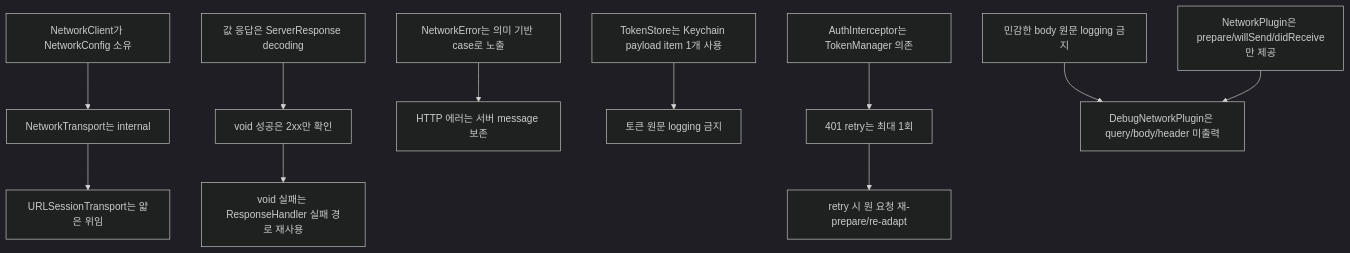
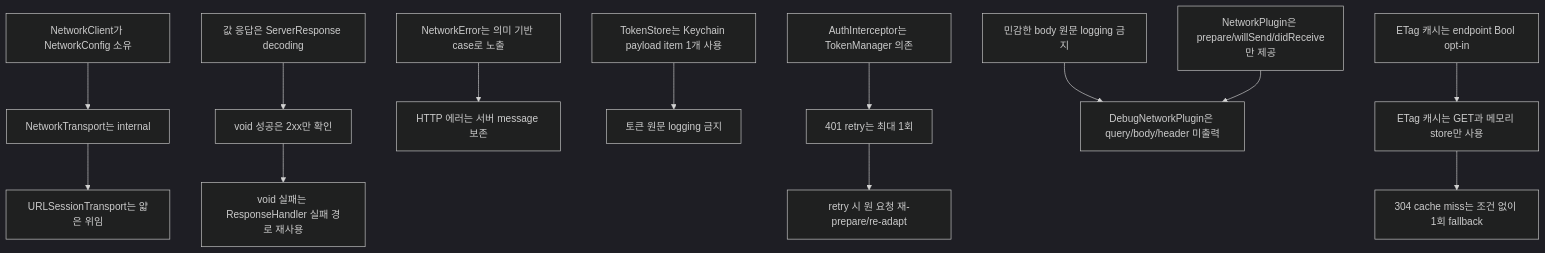
One commit to mediunn/Livith-iOS changed the eighth of 8 diagrams in Projects/LivithNetworking/README.md. Above: the diagram before and after it, drawn with Mermaid (dark theme). The commit also changed other lines of this file and 13 other files, not shown here.

First line of the commit message:
[Feat] LIVD-399 - ETag 기반 메모리 캐시 시스템 구현

````diff
--- a/Projects/LivithNetworking/README.md
+++ b/Projects/LivithNetworking/README.md
@@ -421,27 +496,31 @@
 ```mermaid
 flowchart TD
     A[NetworkClient가 NetworkConfig 소유]
     B[NetworkTransport는 internal]
     C[URLSessionTransport는 얇은 위임]
     D[값 응답은 ServerResponse decoding]
     E[void 성공은 2xx만 확인]
     F[void 실패는 ResponseHandler 실패 경로 재사용]
     G[민감한 body 원문 logging 금지]
     H[NetworkError는 의미 기반 case로 노출]
     I[HTTP 에러는 서버 message 보존]
     J[TokenStore는 Keychain payload item 1개 사용]
     K[토큰 원문 logging 금지]
     L[AuthInterceptor는 TokenManager 의존]
     M[401 retry는 최대 1회]
     N[retry 시 원 요청 재-prepare/re-adapt]
     O[NetworkPlugin은 prepare/willSend/didReceive만 제공]
     P[DebugNetworkPlugin은 query/body/header 미출력]
+    Q[ETag 캐시는 endpoint Bool opt-in]
+    R[ETag 캐시는 GET과 메모리 store만 사용]
+    S[304 cache miss는 조건 없이 1회 fallback]
 
     A --> B --> C
     D --> E --> F
     G --> P
     H --> I
     J --> K
     L --> M --> N
     O --> P
+    Q --> R --> S
 ```
````
